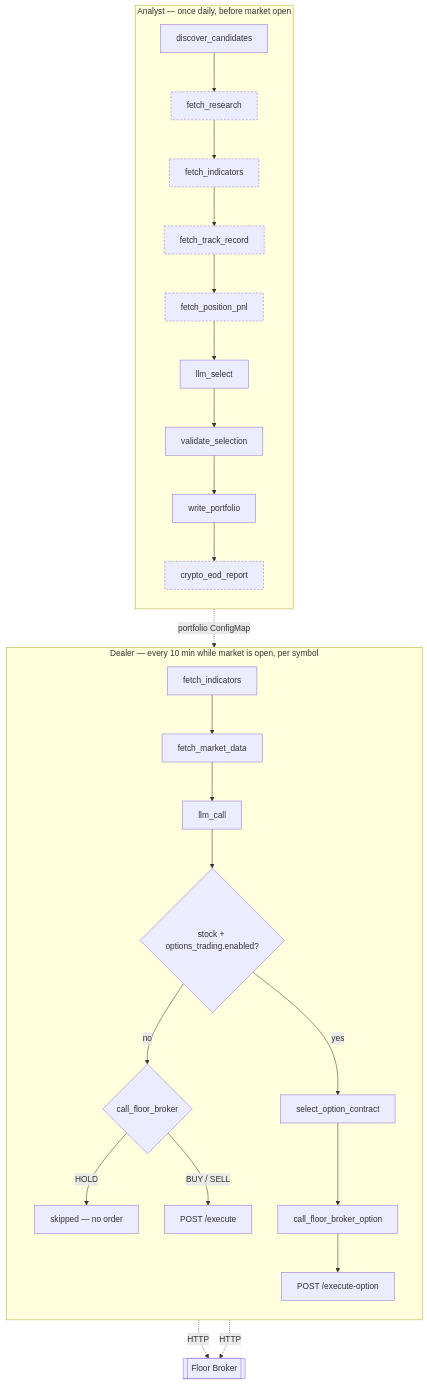
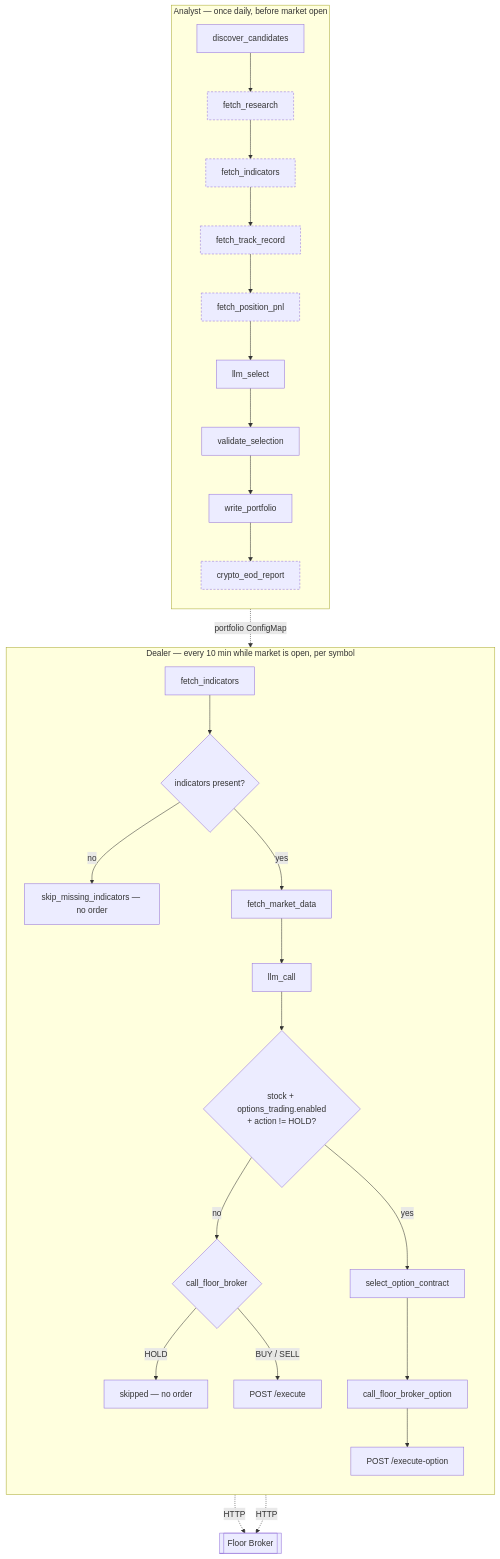
One commit to miramar-labs-org/multi-agent-ai-trader changed the diagram in README.md. Above: the diagram before and after it, drawn with Mermaid. The commit also changed other lines of this file, not shown here.

Commit message:
docs: fix stale Dealer flow diagram re: HOLD routing with options enabled (#18)
* docs: fix stale Dealer flow diagram re: HOLD routing with options enabled

The README Dealer subgraph branched only on `stock + options_trading.enabled?`
and sent every "yes" into select_option_contract. Since PR #15,
_route_after_llm_call() also requires action != HOLD -- a stock HOLD goes to
call_floor_broker even when options are enabled. Update the decision node and
the accompanying prose line to match. docs/architecture.md was already correct.

Claude-Session: https://claude.ai/code/session_013T9HeZVGpm794Qa4yUU2Nj

* docs: show skip_missing_indicators branch in README Dealer mermaid

The Dealer graph routes a missing-indicator result to the
skip_missing_indicators node (ends the cycle, no order) via
_route_after_indicators; the diagram previously drew fetch_indicators ->
fetch_market_data as unconditional.

Claude-Session: https://claude.ai/code/session_013T9HeZVGpm794Qa4yUU2Nj

---------

````diff
--- a/README.md
+++ b/README.md
@@ -166,33 +166,35 @@
 ```mermaid
 flowchart TD
     subgraph Analyst["Analyst — once daily, before market open"]
         direction TB
         A1[discover_candidates] --> A2[fetch_research]
         A2 --> A3[fetch_indicators]
         A3 --> A4[fetch_track_record]
         A4 --> A5[fetch_position_pnl]
         A5 --> A6[llm_select]
         A6 --> A7[validate_selection]
         A7 --> A8[write_portfolio]
         A8 --> A9[crypto_eod_report]
     end
 
     subgraph Dealer["Dealer — every 10 min while market is open, per symbol"]
         direction TB
-        D1[fetch_indicators] --> D1b[fetch_market_data]
+        D1[fetch_indicators] --> D1a{indicators present?}
+        D1a -->|no| D1s["skip_missing_indicators — no order"]
+        D1a -->|yes| D1b[fetch_market_data]
         D1b --> D2[llm_call]
-        D2 --> D3{"stock + options_trading.enabled?"}
+        D2 --> D3{"stock + options_trading.enabled<br/>+ action != HOLD?"}
         D3 -->|no| D6{call_floor_broker}
         D6 -->|HOLD| D4["skipped — no order"]
         D6 -->|BUY / SELL| D5["POST /execute"]
         D3 -->|yes| D7[select_option_contract] --> D8[call_floor_broker_option]
         D8 --> D9["POST /execute-option"]
     end
 
     A8 -.->|portfolio ConfigMap| D1
     D5 -.->|HTTP| FB[[Floor Broker]]
     D9 -.->|HTTP| FB
 
     classDef gated stroke-dasharray: 4 3
     class A2,A3,A4,A5,A9 gated
 ```
````
